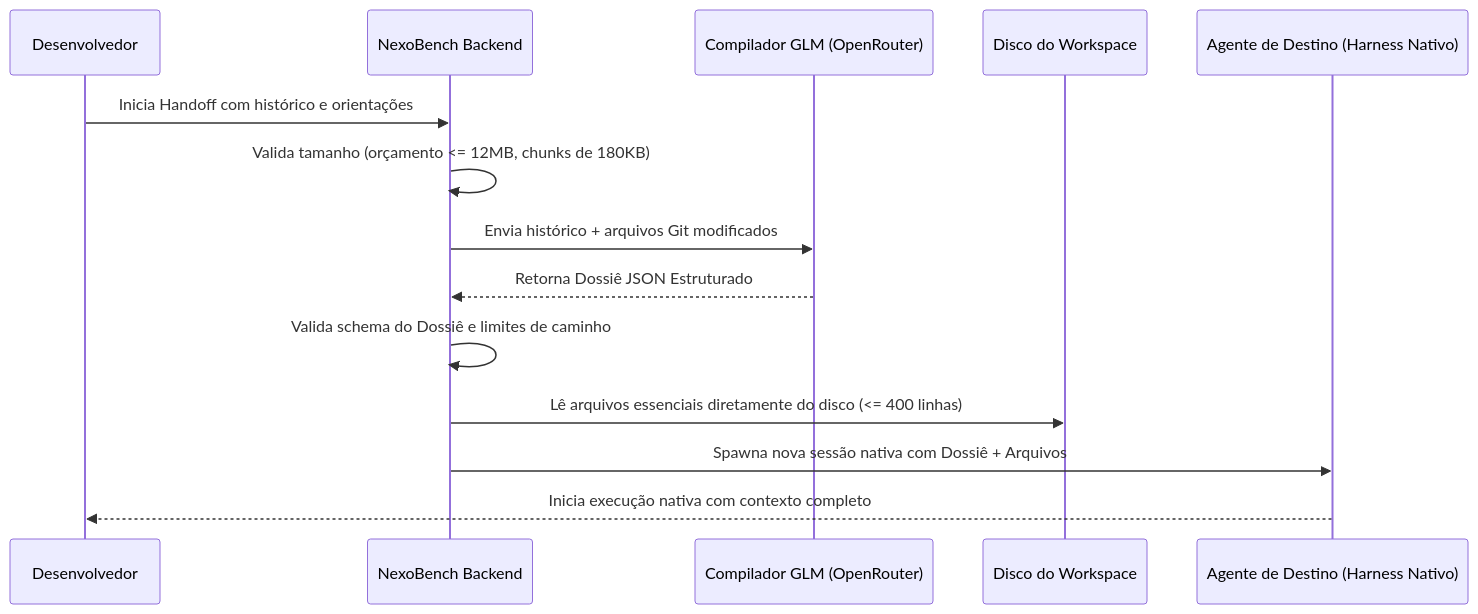
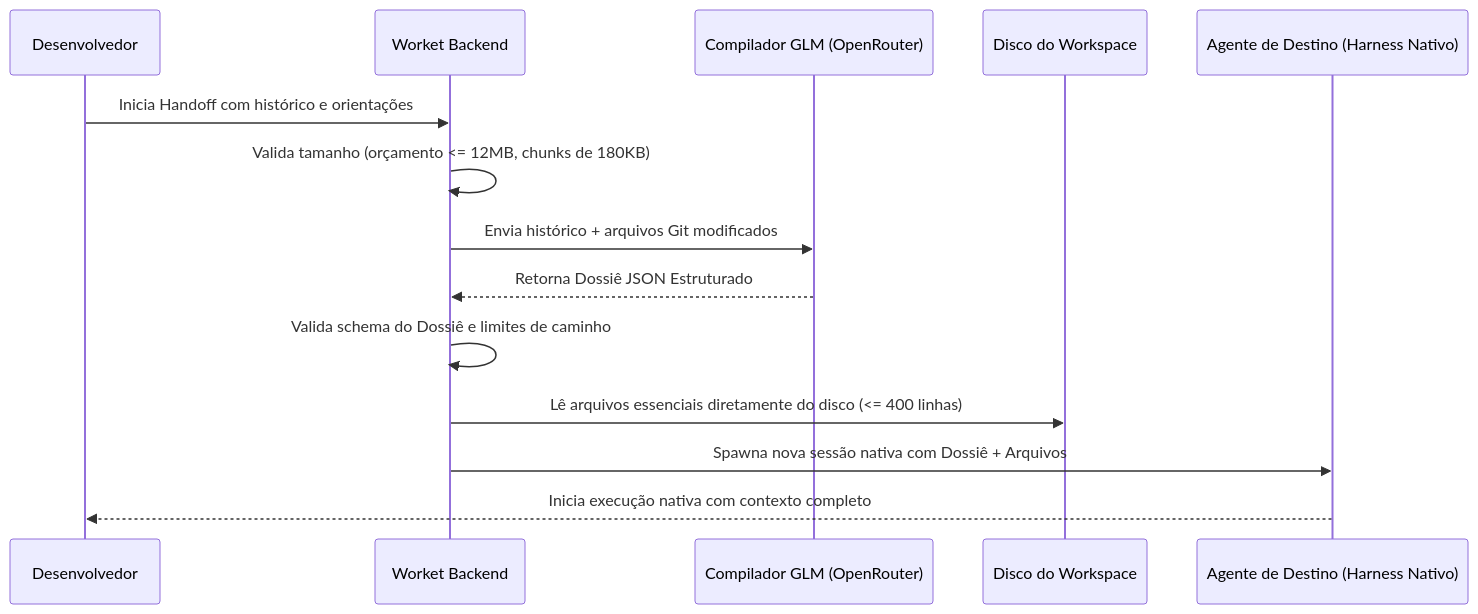
The diagram in FEATURES.md (thgyuji/nexobench-showcase), drawn with Mermaid before and after one commit. The commit also changed other lines of this file and 6 other files, not shown here.

````diff
--- a/FEATURES.md
+++ b/FEATURES.md
@@ -164,17 +164,17 @@
 ```mermaid
 sequenceDiagram
     participant Dev as Desenvolvedor
-    participant NB as NexoBench Backend
+    participant W as Worket Backend
     participant GLM as Compilador GLM (OpenRouter)
     participant Disk as Disco do Workspace
     participant Target as Agente de Destino (Harness Nativo)
 
-    Dev->>NB: Inicia Handoff com histórico e orientações
-    NB->>NB: Valida tamanho (orçamento <= 12MB, chunks de 180KB)
-    NB->>GLM: Envia histórico + arquivos Git modificados
-    GLM-->>NB: Retorna Dossiê JSON Estruturado
-    NB->>NB: Valida schema do Dossiê e limites de caminho
-    NB->>Disk: Lê arquivos essenciais diretamente do disco (<= 400 linhas)
-    NB->>Target: Spawna nova sessão nativa com Dossiê + Arquivos
+    Dev->>W: Inicia Handoff com histórico e orientações
+    W->>W: Valida tamanho (orçamento <= 12MB, chunks de 180KB)
+    W->>GLM: Envia histórico + arquivos Git modificados
+    GLM-->>W: Retorna Dossiê JSON Estruturado
+    W->>W: Valida schema do Dossiê e limites de caminho
+    W->>Disk: Lê arquivos essenciais diretamente do disco (<= 400 linhas)
+    W->>Target: Spawna nova sessão nativa com Dossiê + Arquivos
     Target-->>Dev: Inicia execução nativa com contexto completo
 ```
````
